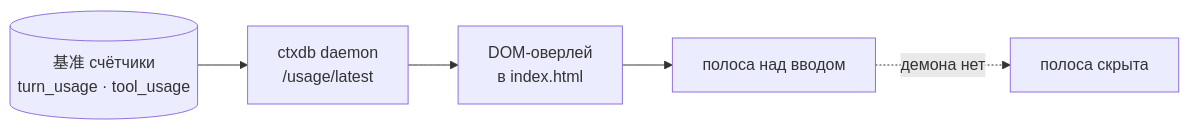
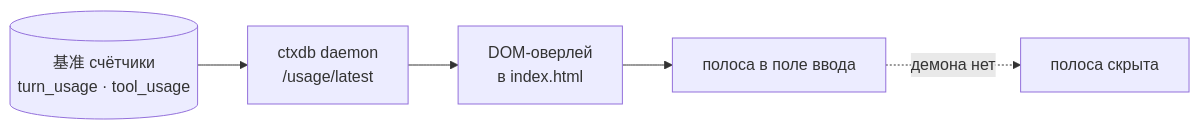
Before and after one commit to rukazax/z-code: the diagram in docs/ru/zcode-counters.md, drawn with Mermaid. The commit also changed other lines of this file and 6 other files, not shown here.

````diff
--- a/docs/ru/zcode-counters.md
+++ b/docs/ru/zcode-counters.md
@@ -20,7 +19,7 @@
 ```mermaid
 flowchart LR
     D[(基准 счётчики<br/>turn_usage · tool_usage)] --> C[ctxdb daemon<br/>/usage/latest]
     C --> S[DOM-оверлей<br/>в index.html]
-    S --> U[полоса над вводом]
+    S --> U[полоса в поле ввода]
     U -. демона нет .-> X[полоса скрыта]
 ```
````
